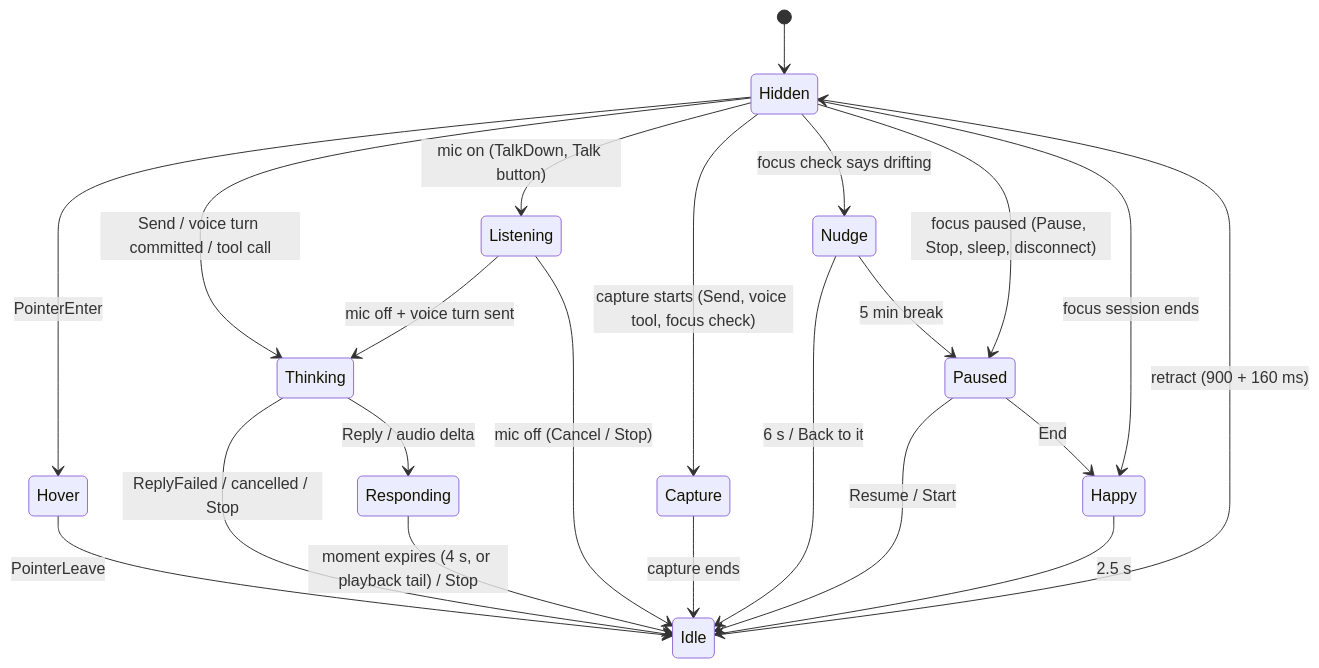
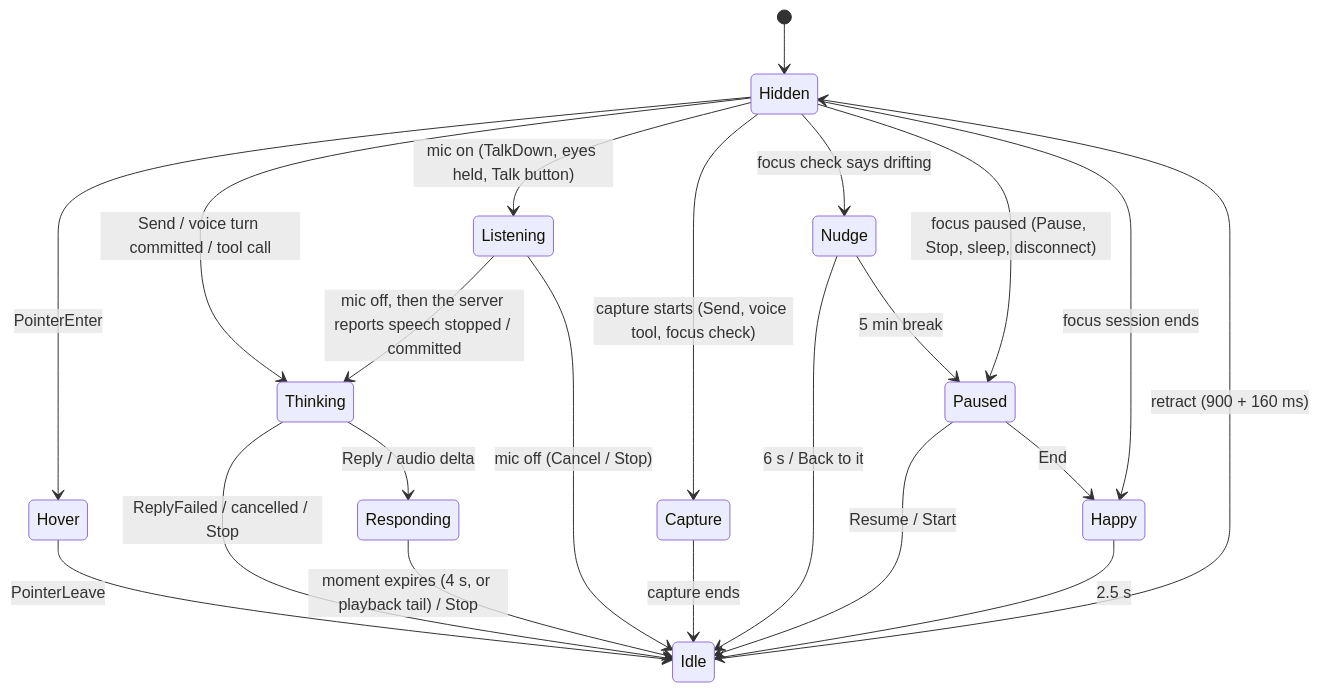
Before and after one commit to vikas53953/bluey: the third of 7 diagrams in docs/architecture/notch-lifecycle.md, drawn with Mermaid. The commit also changed other lines of this file, not shown here.

````diff
--- a/docs/architecture/notch-lifecycle.md
+++ b/docs/architecture/notch-lifecycle.md
@@ -133,24 +133,24 @@
 ```mermaid
 stateDiagram-v2
   [*] --> Hidden
   Hidden --> Hover: PointerEnter
   Hover --> Idle: PointerLeave
   Idle --> Hidden: retract (900 + 160 ms)
   Hidden --> Thinking: Send / voice turn committed / tool call
   Thinking --> Responding: Reply / audio delta
   Thinking --> Idle: ReplyFailed / cancelled / Stop
   Responding --> Idle: moment expires (4 s, or playback tail) / Stop
-  Hidden --> Listening: mic on (TalkDown, Talk button)
-  Listening --> Thinking: mic off + voice turn sent
+  Hidden --> Listening: mic on (TalkDown, eyes held, Talk button)
+  Listening --> Thinking: mic off, then the server reports speech stopped / committed
   Listening --> Idle: mic off (Cancel / Stop)
   Hidden --> Capture: capture starts (Send, voice tool, focus check)
   Capture --> Idle: capture ends
   Hidden --> Nudge: focus check says drifting
   Nudge --> Idle: 6 s / Back to it
   Nudge --> Paused: 5 min break
   Hidden --> Paused: focus paused (Pause, Stop, sleep, disconnect)
   Paused --> Idle: Resume / Start
   Paused --> Happy: End
   Hidden --> Happy: focus session ends
   Happy --> Idle: 2.5 s
 ```
````
